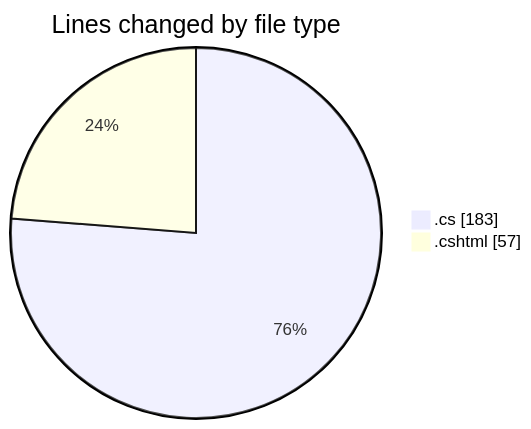
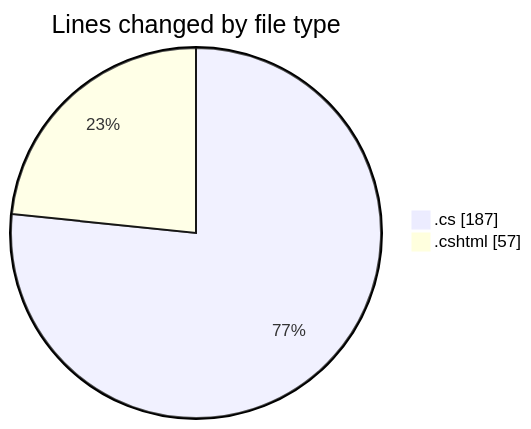
One commit to lephambinh05/code-tracking changed the first of 2 diagrams in 2025-07-22/cnpm/README.md. Above: the diagram before and after it, drawn with Mermaid. The commit also changed other lines of this file and 1 other file, not shown here.

````diff
--- a/2025-07-22/cnpm/README.md
+++ b/2025-07-22/cnpm/README.md
@@ -25,6 +25,6 @@
 ```mermaid
 pie showData
 title Lines changed by file type
-".cs" : 183
+".cs" : 187
 ".cshtml" : 57
 ```
````
